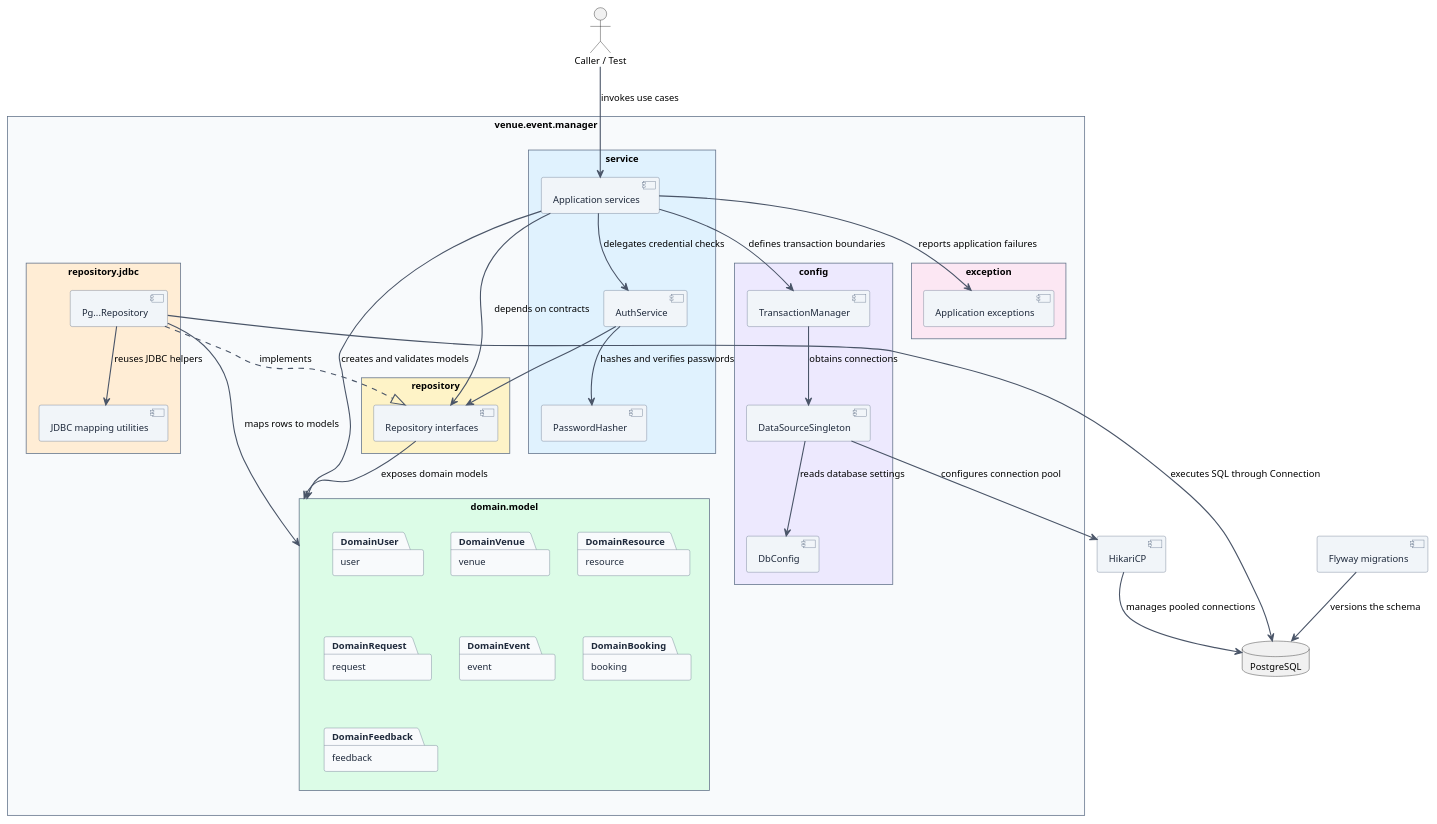
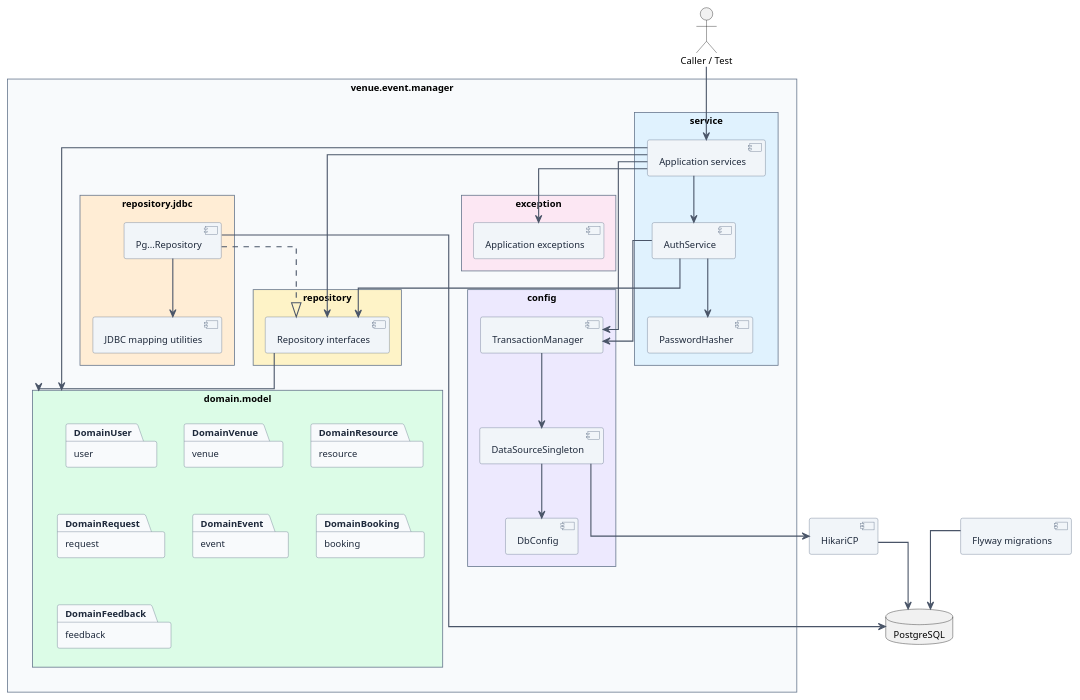
Before and after one commit to MeruemMeurel/Venue_Event_Organiser: the diagram in docs/diagrams/architecture/package-architecture.puml, drawn with PlantUML. The commit also changed 4 other files, not shown here.

Commit message:
docs: clarify architecture diagrams and dependencies

```diff
--- a/docs/diagrams/architecture/package-architecture.puml
+++ b/docs/diagrams/architecture/package-architecture.puml
@@ -1,90 +1,91 @@
 @startuml
 skinparam style strictuml
 skinparam shadowing false
 skinparam DefaultFontName "Helvetica"
 skinparam DefaultFontSize 12
 skinparam ArrowColor #4A5568
 skinparam ArrowThickness 1.4
 skinparam packageStyle rectangle
+skinparam linetype ortho
 
 skinparam package {
     BackgroundColor #F8FAFC
     BorderColor #64748B
     FontColor #1E293B
 }
 
 skinparam component {
     BackgroundColor #F1F5F9
     BorderColor #64748B
     FontColor #1E293B
 }
 
 top to bottom direction
 
 actor "Caller / Test" as Caller
 
 package "venue.event.manager" as Root {
     package "service" as Service #E0F2FE {
         component "Application services" as Services
         component "AuthService" as Auth
         component "PasswordHasher" as Hasher
     }
 
     package "domain.model" as Domain #DCFCE7 {
         package "user" as DomainUser
         package "venue" as DomainVenue
         package "resource" as DomainResource
         package "request" as DomainRequest
         package "event" as DomainEvent
         package "booking" as DomainBooking
         package "feedback" as DomainFeedback
     }
 
     package "repository" as Repository #FEF3C7 {
         component "Repository interfaces" as RepositoryContracts
     }
 
     package "repository.jdbc" as Jdbc #FFEDD5 {
         component "Pg...Repository" as PgRepositories
         component "JDBC mapping utilities" as JdbcUtilities
     }
 
     package "config" as Config #EDE9FE {
         component "TransactionManager" as TransactionManager
         component "DataSourceSingleton" as DataSource
         component "DbConfig" as DbConfig
     }
 
     package "exception" as Exception #FCE7F3 {
         component "Application exceptions" as ApplicationExceptions
     }
 }
 
 database "PostgreSQL" as PostgreSQL
 component "HikariCP" as Hikari
 component "Flyway migrations" as Flyway
 
-Caller --> Services : invokes use cases
+Caller --> Services
 
-Services --> Domain : creates and validates models
-Services --> RepositoryContracts : depends on contracts
-Services --> TransactionManager : defines transaction boundaries
-Services --> ApplicationExceptions : reports application failures
-Services --> Auth : delegates credential checks
-Auth --> Hasher : hashes and verifies passwords
+Services --> Domain
+Services --> RepositoryContracts
+Services --> TransactionManager
+Services --> ApplicationExceptions
+Services --> Auth
+Auth --> Hasher
 Auth --> RepositoryContracts
+Auth --> TransactionManager
 
-RepositoryContracts --> Domain : exposes domain models
+RepositoryContracts --> Domain
 
-PgRepositories ..|> RepositoryContracts : implements
-PgRepositories --> Domain : maps rows to models
-PgRepositories --> JdbcUtilities : reuses JDBC helpers
-PgRepositories --> PostgreSQL : executes SQL through Connection
+PgRepositories ..|> RepositoryContracts
+PgRepositories --> JdbcUtilities
+PgRepositories --> PostgreSQL
 
-TransactionManager --> DataSource : obtains connections
-DataSource --> DbConfig : reads database settings
-DataSource --> Hikari : configures connection pool
-Hikari --> PostgreSQL : manages pooled connections
-Flyway --> PostgreSQL : versions the schema
+TransactionManager --> DataSource
+DataSource --> DbConfig
+DataSource --> Hikari
+Hikari --> PostgreSQL
+Flyway --> PostgreSQL
 
 @enduml
```
